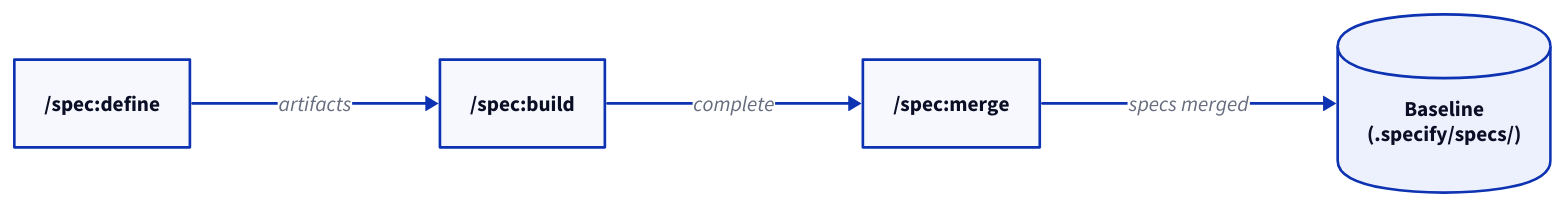
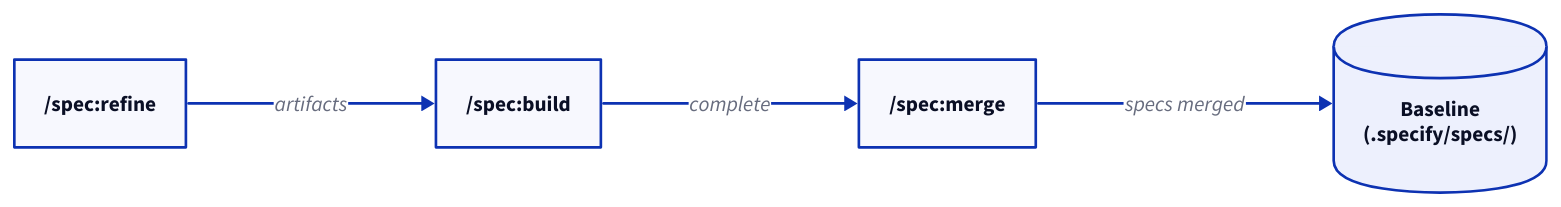
One commit to augentic/anvil changed the second of 2 diagrams in docs/explanation/concepts.md. Above: the diagram before and after it, drawn with D2. The commit also changed other lines of this file and 197 other files, not shown here.

````diff
--- a/docs/explanation/concepts.md
+++ b/docs/explanation/concepts.md
@@ -9,11 +29,11 @@
 ```d2
 direction: right
-define: "/spec:define" {shape: rectangle}
+refine: "/spec:refine" {shape: rectangle}
 build: "/spec:build" {shape: rectangle}
 merge: "/spec:merge" {shape: rectangle}
 baseline: "Baseline\n(.specify/specs/)" {shape: cylinder}
 
-define -> build: "artifacts"
+refine -> build: "artifacts"
 build -> merge: "complete"
 merge -> baseline: "specs merged"
 ```
````
